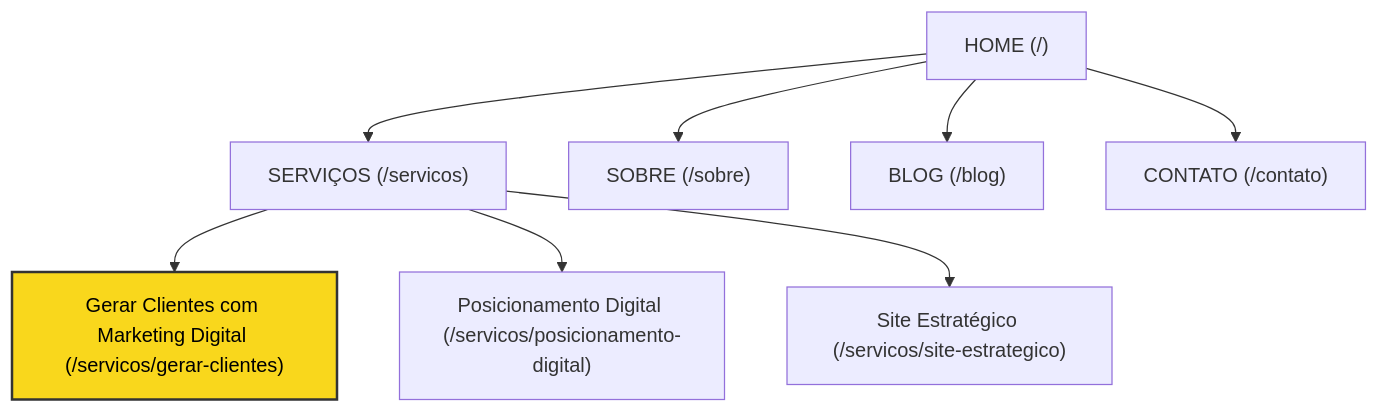
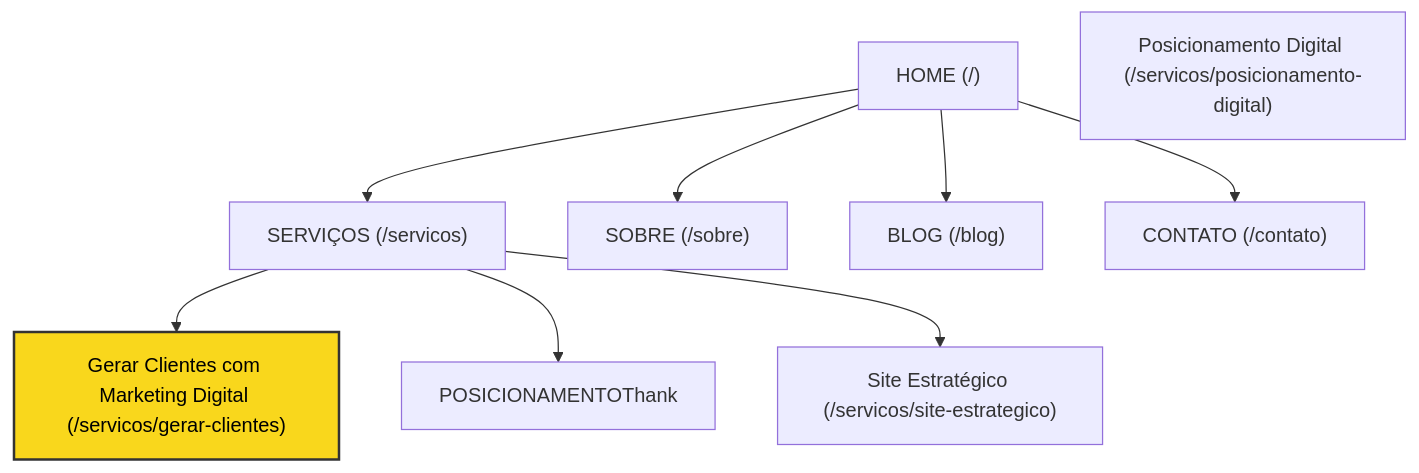
One commit to JuniorVln/ntadigital changed the first of 2 diagrams in planejamento_site_nta.md. Above: the diagram before and after it, drawn with Mermaid. The commit also changed 1 other file, not shown here.

Commit message:
style: fix home hero actions stacking and spacing

````diff
--- a/planejamento_site_nta.md
+++ b/planejamento_site_nta.md
@@ -22,21 +22,21 @@
 ```mermaid
 graph TD
     HOME["HOME (/)"]
     SERVICOS["SERVIÇOS (/servicos)"]
     GERAR["Gerar Clientes com Marketing Digital (/servicos/gerar-clientes)"]
     POSICIONAMENTO["Posicionamento Digital (/servicos/posicionamento-digital)"]
     SITE["Site Estratégico (/servicos/site-estrategico)"]
     SOBRE["SOBRE (/sobre)"]
     BLOG["BLOG (/blog)"]
     CONTATO["CONTATO (/contato)"]
 
     HOME --> SERVICOS
     SERVICOS --> GERAR
-    SERVICOS --> POSICIONAMENTO
+    SERVICOS --> POSICIONAMENTOThank 
     SERVICOS --> SITE
     HOME --> SOBRE
     HOME --> BLOG
     HOME --> CONTATO
 
     style GERAR fill:#f9d71c,stroke:#333,stroke-width:2px,color:#000
 ```
````
